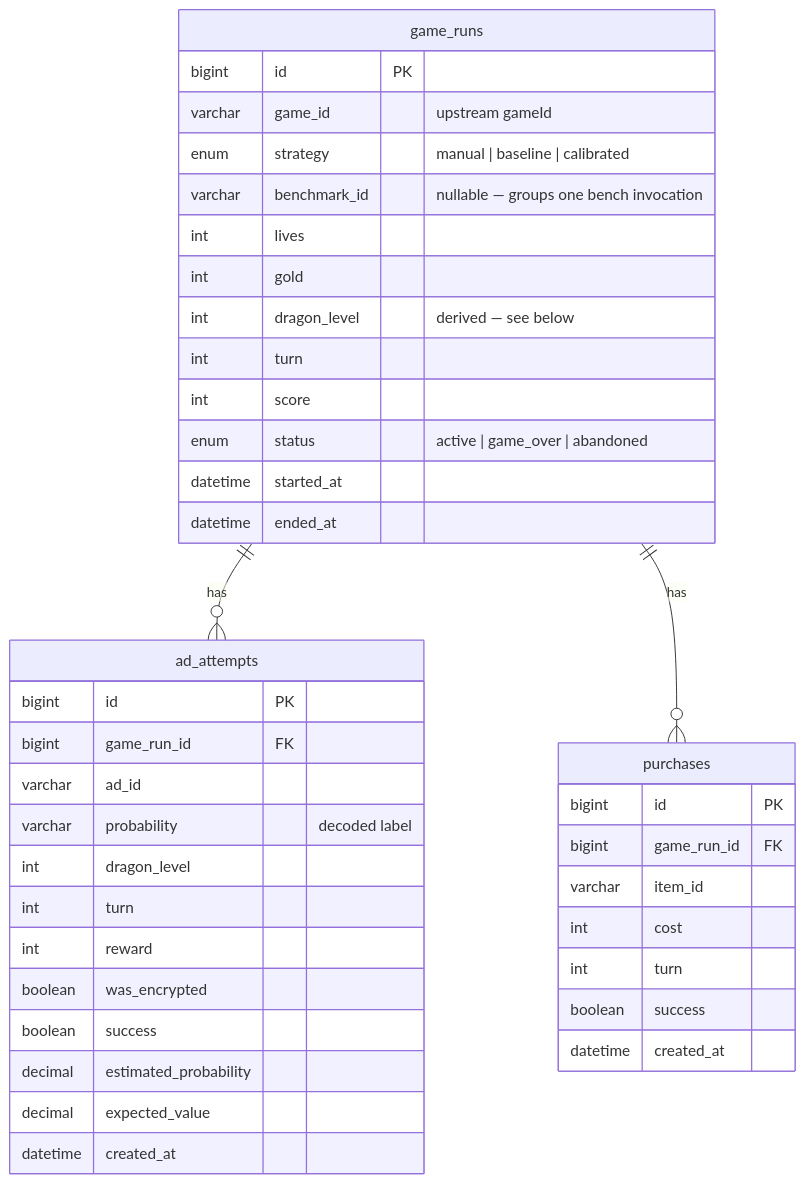
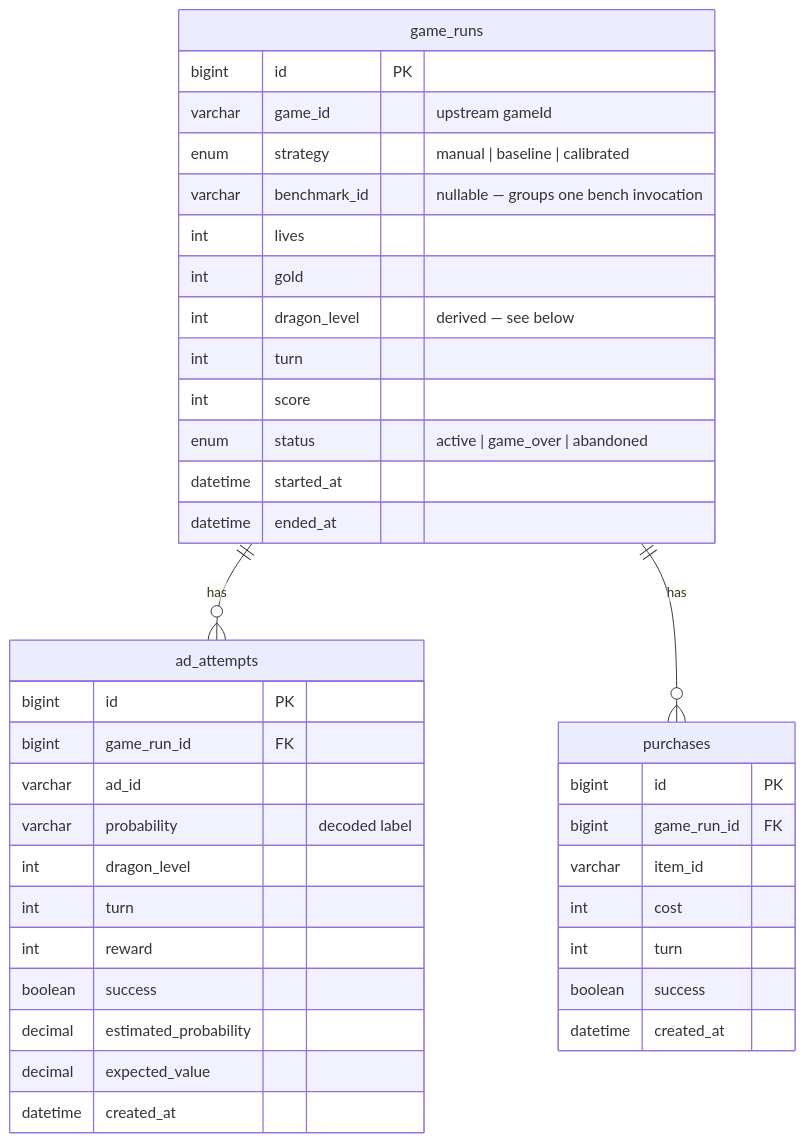
Before and after one commit to eazygood/dragons_game: the diagram in docs/agent_docs/database.md, drawn with Mermaid. The commit also changed other lines of this file and 7 other files, not shown here.

First line of the commit message:
DRGN-3: drop the disproven was_encrypted column

````diff
--- a/docs/agent_docs/database.md
+++ b/docs/agent_docs/database.md
@@ -7,43 +7,42 @@
 ```mermaid
 erDiagram
     game_runs ||--o{ ad_attempts : has
     game_runs ||--o{ purchases : has
 
     game_runs {
         bigint id PK
         varchar game_id "upstream gameId"
         enum strategy "manual | baseline | calibrated"
         varchar benchmark_id "nullable — groups one bench invocation"
         int lives
         int gold
         int dragon_level "derived — see below"
         int turn
         int score
         enum status "active | game_over | abandoned"
         datetime started_at
         datetime ended_at
     }
     ad_attempts {
         bigint id PK
         bigint game_run_id FK
         varchar ad_id
         varchar probability "decoded label"
         int dragon_level
         int turn
         int reward
-        boolean was_encrypted
         boolean success
         decimal estimated_probability
         decimal expected_value
         datetime created_at
     }
     purchases {
         bigint id PK
         bigint game_run_id FK
         varchar item_id
         int cost
         int turn
         boolean success
         datetime created_at
     }
 ```
````
